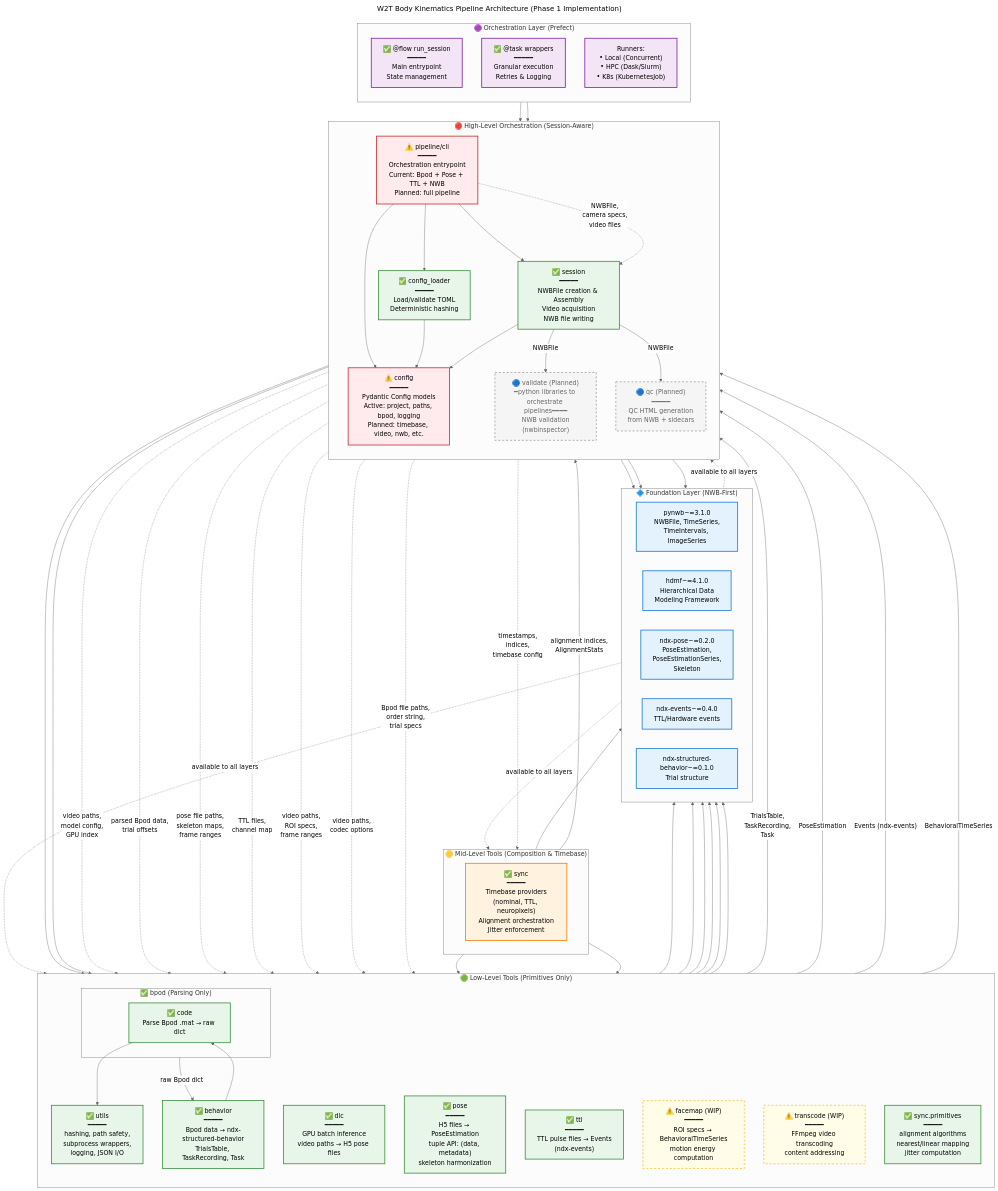
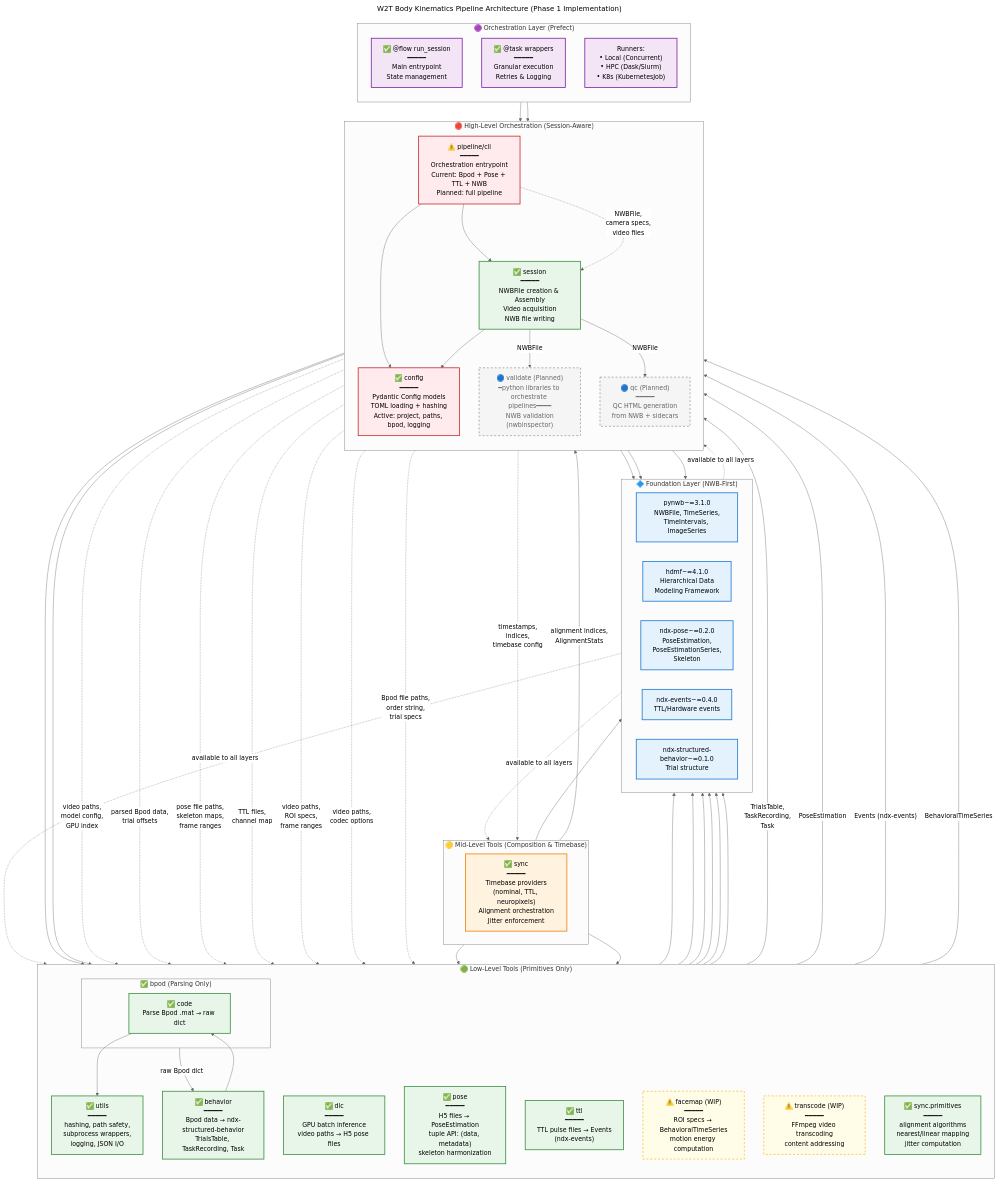
The diagram in docs/architecture_diagram.mmd (BorjaEst/w2t-bkin), drawn with Mermaid (neutral theme) before and after one commit. The commit also changed 1 other file, not shown here.

Commit message:
Refine architecture documentation: update config package details and clarify tool dependencies

```diff
--- a/docs/architecture_diagram.mmd
+++ b/docs/architecture_diagram.mmd
@@ -1,182 +1,178 @@
 ---
 title: W2T Body Kinematics Pipeline Architecture (Phase 1 Implementation)
 ---
 graph TD
     %% ============================================================================
     %% LEGEND: Implementation Status
     %% ✅ Implemented | ⚠️ Partial/WIP | 🔵 Planned
     %% ============================================================================
     
     %% ============================================================================
     %% FOUNDATION LAYER (NWB-First)
     %% External dependencies available to all layers
     %% ============================================================================
     subgraph Foundation["🔷 Foundation Layer (NWB-First)"]
         direction LR
         pynwb["pynwb~=3.1.0<br/>NWBFile, TimeSeries,<br/>TimeIntervals, ImageSeries"]
         hdmf["hdmf~=4.1.0<br/>Hierarchical Data<br/>Modeling Framework"]
         ndx_pose["ndx-pose~=0.2.0<br/>PoseEstimation,<br/>PoseEstimationSeries,<br/>Skeleton"]
         ndx_events["ndx-events~=0.4.0<br/>TTL/Hardware events"]
         ndx_behavior["ndx-structured-behavior~=0.1.0<br/>Trial structure"]
     end
 
     %% ============================================================================
     %% LOW-LEVEL LAYER
     %% Raw files + primitives → NWB-native structures
     %% NEVER imports config, Session, or Manifest
     %% ============================================================================
     subgraph LowLevel["🟢 Low-Level Tools (Primitives Only)"]
         direction TB
         
         utils["✅ utils<br/>━━━━━<br/>hashing, path safety,<br/>subprocess wrappers,<br/>logging, JSON I/O"]
         
         subgraph BpodModule["✅ bpod (Parsing Only)"]
             bpod_code["✅ code<br/>Parse Bpod .mat → raw dict"]
         end
         
         behavior["✅ behavior<br/>━━━━━<br/>Bpod data → ndx-structured-behavior<br/>TrialsTable, TaskRecording, Task"]
         
         dlc["✅ dlc<br/>━━━━━<br/>GPU batch inference<br/>video paths → H5 pose files"]
         
         pose["✅ pose<br/>━━━━━<br/>H5 files → PoseEstimation<br/>tuple API: (data, metadata)<br/>skeleton harmonization"]
         
         ttl["✅ ttl<br/>━━━━━<br/>TTL pulse files → Events<br/>(ndx-events)"]
 
         facemap["⚠️ facemap (WIP)<br/>━━━━━<br/>ROI specs → BehavioralTimeSeries<br/>motion energy computation"]
         
         transcode["⚠️ transcode (WIP)<br/>━━━━━<br/>FFmpeg video transcoding<br/>content addressing"]
         
         sync_primitives["✅ sync.primitives<br/>━━━━━<br/>alignment algorithms<br/>nearest/linear mapping<br/>jitter computation"]
     end
 
     %% ============================================================================
     %% MID-LEVEL LAYER
     %% Composition + timebase, no TOML/filesystem knowledge
     %% ============================================================================
     subgraph MidLevel["🟡 Mid-Level Tools (Composition & Timebase)"]
         direction LR
         
         sync["✅ sync<br/>━━━━━<br/>Timebase providers<br/>(nominal, TTL, neuropixels)<br/>Alignment orchestration<br/>Jitter enforcement"]
     end
 
     %% ============================================================================
     %% HIGH-LEVEL LAYER
     %% Session-aware orchestration, owns Config/Session/filesystem
     %% ============================================================================
     subgraph HighLevel["🔴 High-Level Orchestration (Session-Aware)"]
         direction TB
         
-        config_pkg["⚠️ config<br/>━━━━━<br/>Pydantic Config models<br/>Active: project, paths, bpod, logging<br/>Planned: timebase, video, nwb, etc."]
-        
-        config_loader["✅ config_loader<br/>━━━━━<br/>Load/validate TOML<br/>Deterministic hashing"]
+        config_pkg["✅ config<br/>━━━━━<br/>Pydantic Config models<br/>TOML loading + hashing<br/>Active: project, paths, bpod, logging"]
         
         session_mod["✅ session<br/>━━━━━<br/>NWBFile creation & Assembly<br/>Video acquisition<br/>NWB file writing"]
         
         pipeline["⚠️ pipeline/cli<br/>━━━━━<br/>Orchestration entrypoint<br/>Current: Bpod + Pose + TTL + NWB<br/>Planned: full pipeline"]
         
         validate["🔵 validate (Planned)<br/>━python libraries to orchestrate pipelines━━━━<br/>NWB validation<br/>(nwbinspector)"]
         
         qc["🔵 qc (Planned)<br/>━━━━━<br/>QC HTML generation<br/>from NWB + sidecars"]
     end
 
     %% ============================================================================
     %% ORCHESTRATION LAYER (Prefect)
     %% Wraps High-Level logic for distributed execution
     %% ============================================================================
     subgraph Orchestration["🟣 Orchestration Layer (Prefect)"]
         direction TB
         prefect_flow["✅ @flow run_session<br/>━━━━━<br/>Main entrypoint<br/>State management"]
         prefect_tasks["✅ @task wrappers<br/>━━━━━<br/>Granular execution<br/>Retries & Logging"]
         
         runners["Runners:<br/>• Local (Concurrent)<br/>• HPC (Dask/Slurm)<br/>• K8s (KubernetesJob)"]
     end
 
     %% ============================================================================
     %% SOLID ARROWS (→) - Direct module imports allowed
     %% ============================================================================
     
     %% Foundation → All Layers (available everywhere)
     Foundation -.->|"available to all layers"| LowLevel
     Foundation -.->|"available to all layers"| MidLevel
     Foundation -.->|"available to all layers"| HighLevel
     
     %% Low-level → Foundation + Utils
     utils --> Foundation
     bpod_code --> utils
     behavior --> Foundation
     behavior --> bpod_code
     dlc --> Foundation
     pose --> Foundation
     ttl --> Foundation
     facemap --> Foundation
     
     %% Mid-level → Low-level + Foundation
     sync --> sync_primitives
     
     %% Mid-level → Low-level + Foundation
     sync --> sync_primitives
     sync --> Foundation
     
     %% High-level → Everything below
-    config_loader --> config_pkg
-    config_loader --> utils
+    config_pkg --> utils
     session_mod --> Foundation
     session_mod --> config_pkg
     pipeline --> config_pkg
-    pipeline --> config_loader
     pipeline --> session_mod
     pipeline --> utils
     validate --> Foundation
     qc --> Foundation
 
     %% Orchestration → High-Level
     prefect_flow --> pipeline
     prefect_tasks --> pipeline
 
     %% ============================================================================
     %% DOTTED ARROWS (-.→) - Orchestration calls with primitives only
     %% Pipeline calls low/mid-level with paths, strings, numbers (NO Session/Manifest)
     %% ============================================================================
     
     pipeline -.->|"video paths,<br/>model config,<br/>GPU index"| dlc
     pipeline -.->|"Bpod file paths,<br/>order string,<br/>trial specs"| BpodModule
     pipeline -.->|"parsed Bpod data,<br/>trial offsets"| behavior
     pipeline -.->|"pose file paths,<br/>skeleton maps,<br/>frame ranges"| pose
     pipeline -.->|"TTL files,<br/>channel map"| ttl
     pipeline -.->|"video paths,<br/>ROI specs,<br/>frame ranges"| facemap
     pipeline -.->|"video paths,<br/>codec options"| transcode
     pipeline -.->|"timestamps,<br/>indices,<br/>timebase config"| sync
     pipeline -.->|"NWBFile,<br/>camera specs,<br/>video files"| session_mod
 
     %% ============================================================================
     %% DATA FLOW (NWB objects through system)
     %% ============================================================================
     
     BpodModule -->|"raw Bpod dict"| behavior
     behavior -->|"TrialsTable,<br/>TaskRecording,<br/>Task"| session_mod
     pose -->|"PoseEstimation"| session_mod
     ttl -->|"Events (ndx-events)"| session_mod
     facemap -->|"BehavioralTimeSeries"| session_mod
     sync -->|"alignment indices,<br/>AlignmentStats"| session_mod
     session_mod -->|"NWBFile"| validate
     session_mod -->|"NWBFile"| qc
 
     %% ============================================================================
     %% STYLING
     %% ============================================================================
     
     classDef foundationStyle fill:#e3f2fd,stroke:#1976d2,stroke-width:2px,color:#000
     classDef lowLevelStyle fill:#e8f5e9,stroke:#388e3c,stroke-width:2px,color:#000
     classDef midLevelStyle fill:#fff3e0,stroke:#f57c00,stroke-width:2px,color:#000
     classDef highLevelStyle fill:#ffebee,stroke:#c62828,stroke-width:2px,color:#000
     classDef plannedStyle fill:#f5f5f5,stroke:#9e9e9e,stroke-width:2px,stroke-dasharray:5 5,color:#666
     classDef wipStyle fill:#fffde7,stroke:#fbc02d,stroke-width:2px,stroke-dasharray:5 5,color:#000
     classDef orchStyle fill:#f3e5f5,stroke:#7b1fa2,stroke-width:2px,color:#000
     
     class pynwb,hdmf,ndx_pose,ndx_events,ndx_behavior foundationStyle
-    class utils,bpod_code,behavior,dlc,pose,ttl,sync_primitives,config_loader,session_mod lowLevelStyle
+    class utils,bpod_code,behavior,dlc,pose,ttl,sync_primitives,session_mod lowLevelStyle
     class sync midLevelStyle
     class config_pkg,pipeline highLevelStyle
     class validate,qc plannedStyle
     class facemap,transcode wipStyle
     class prefect_flow,prefect_tasks,runners orchStyle
```
